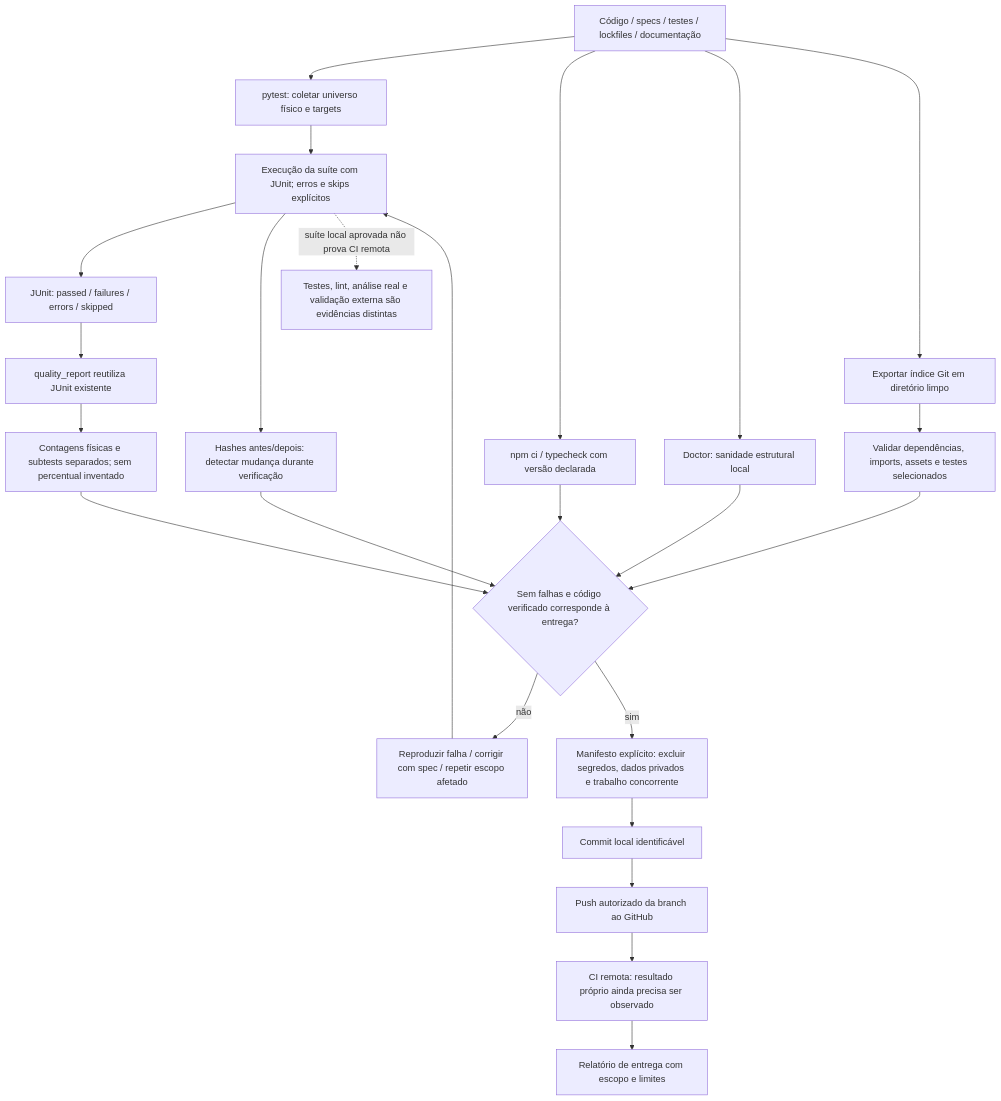
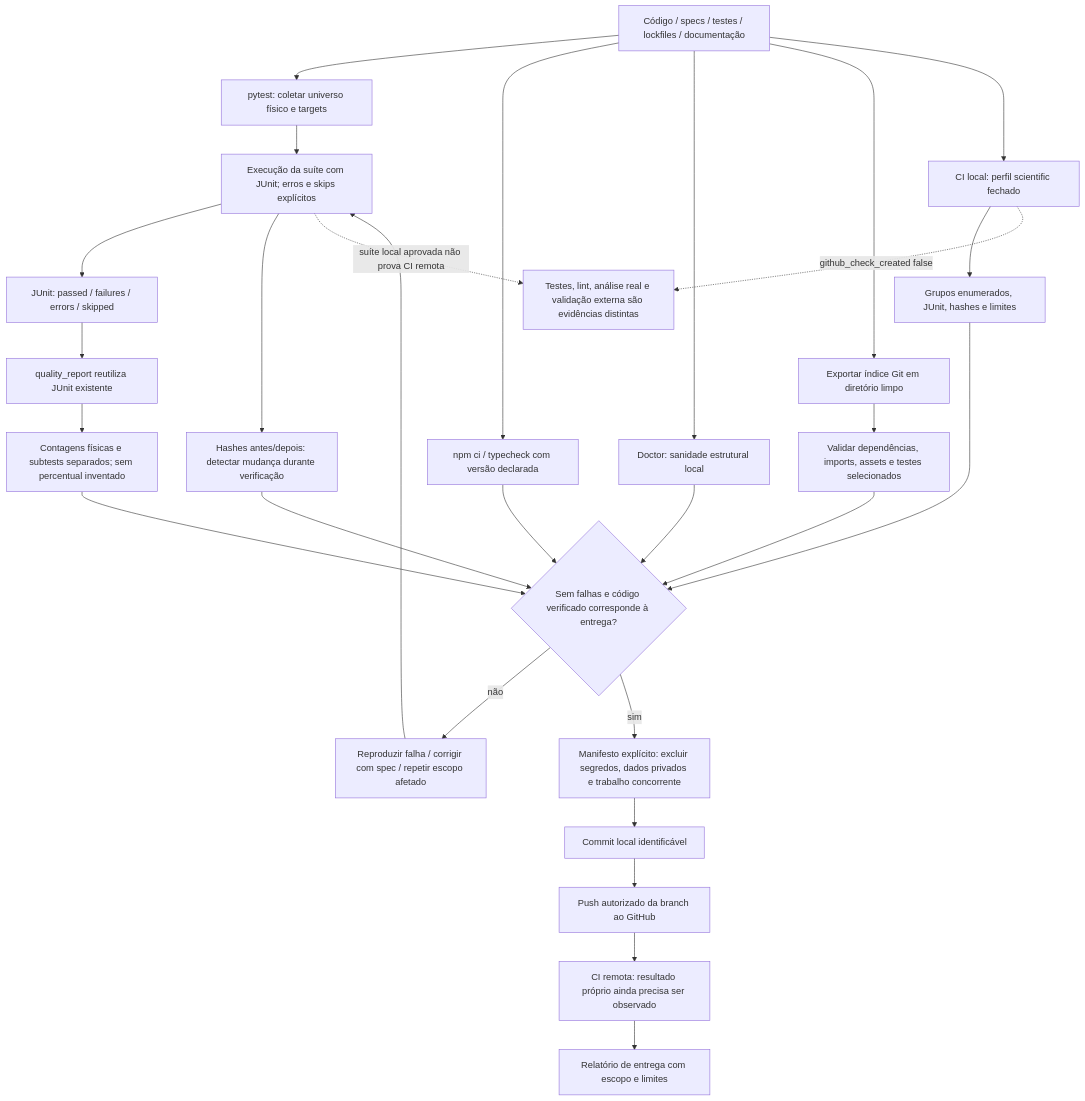
Before and after one commit to MarceloClaro/opencode-ecosystem-core: diagram 19 of 28 in README.md, drawn with Mermaid. The commit also changed other lines of this file and 95 other files, not shown here.

````diff
--- a/README.md
+++ b/README.md
@@ -1428,26 +1467,30 @@
 ```mermaid
 flowchart TB
   SRC["Código / specs / testes / lockfiles / documentação"] --> COLLECT["pytest: coletar universo físico e targets"]
   COLLECT --> RUN["Execução da suíte com JUnit; erros e skips explícitos"]
   RUN --> XML["JUnit: passed / failures / errors / skipped"]
   XML --> QR["quality_report reutiliza JUnit existente"]
   QR --> COUNTS["Contagens físicas e subtests separados; sem percentual inventado"]
   SRC --> NODE["npm ci / typecheck com versão declarada"]
   SRC --> DOC["Doctor: sanidade estrutural local"]
   SRC --> EXPORT["Exportar índice Git em diretório limpo"]
   EXPORT --> CHECK["Validar dependências, imports, assets e testes selecionados"]
   RUN --> HASH["Hashes antes/depois: detectar mudança durante verificação"]
   HASH --> GATE{"Sem falhas e código verificado corresponde à entrega?"}
   COUNTS --> GATE
   NODE --> GATE
   DOC --> GATE
   CHECK --> GATE
   GATE -->|"não"| FIX["Reproduzir falha / corrigir com spec / repetir escopo afetado"]
   FIX --> RUN
   GATE -->|"sim"| MANIFEST["Manifesto explícito: excluir segredos, dados privados e trabalho concorrente"]
   MANIFEST --> COMMIT["Commit local identificável"]
   COMMIT --> PUSH["Push autorizado da branch ao GitHub"]
   PUSH --> REMOTE["CI remota: resultado próprio ainda precisa ser observado"]
   REMOTE --> STATUS["Relatório de entrega com escopo e limites"]
   RUN -. "suíte local aprovada não prova CI remota" .-> LIMIT["Testes, lint, análise real e validação externa são evidências distintas"]
+  SRC --> LOCALCI["CI local: perfil scientific fechado"]
+  LOCALCI --> RCPT["Grupos enumerados, JUnit, hashes e limites"]
+  RCPT --> GATE
+  LOCALCI -. "github_check_created false" .-> LIMIT
 ```
````
